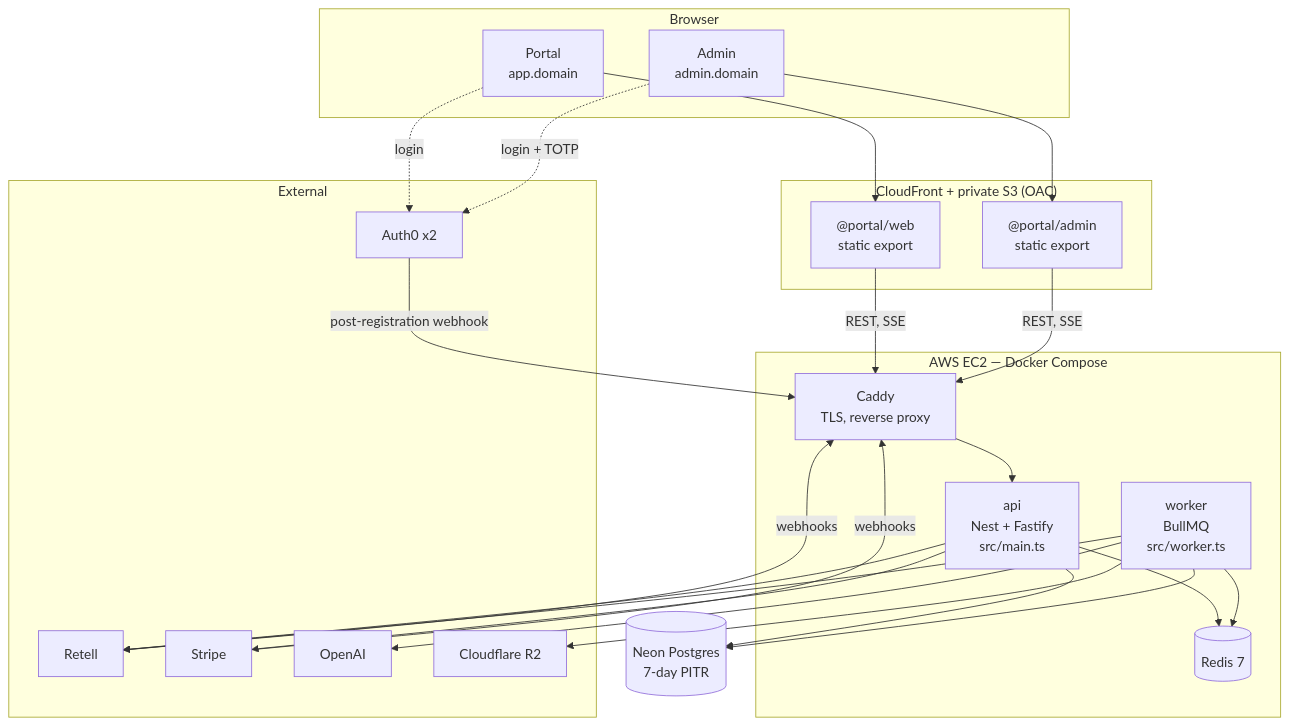
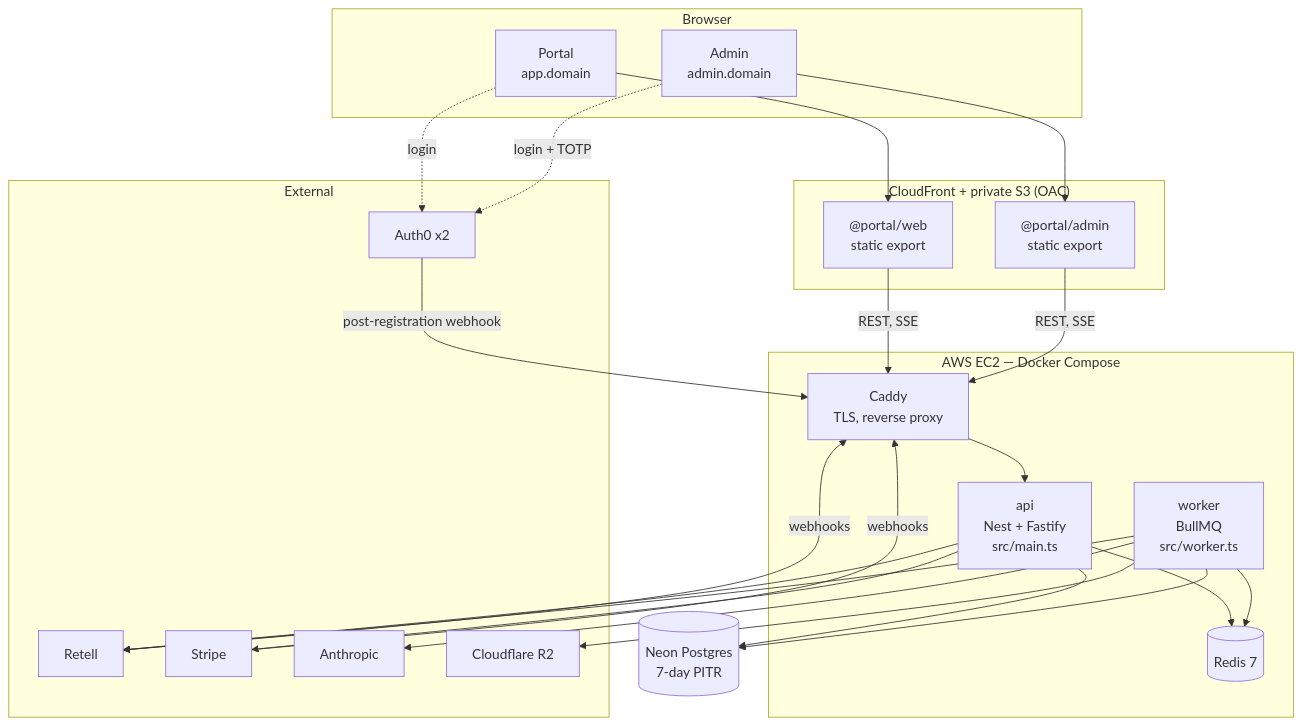
One commit to saksham-metacognixion/Voice-Agent changed the second of 22 diagrams in docs/architecture.md. Above: the diagram before and after it, drawn with Mermaid. The commit also changed other lines of this file and 106 other files, not shown here.

````diff
--- a/docs/architecture.md
+++ b/docs/architecture.md
@@ -77,49 +77,49 @@
 ```mermaid
 flowchart TB
     subgraph Browser
         P["Portal<br/>app.domain"]
         AD["Admin<br/>admin.domain"]
     end
 
     subgraph CDN["CloudFront + private S3 (OAC)"]
         PW["@portal/web<br/>static export"]
         AW["@portal/admin<br/>static export"]
     end
 
     subgraph EC2["AWS EC2 — Docker Compose"]
         CA["Caddy<br/>TLS, reverse proxy"]
         API["api<br/>Nest + Fastify<br/>src/main.ts"]
         WRK["worker<br/>BullMQ<br/>src/worker.ts"]
         RD[("Redis 7")]
     end
 
     NEON[("Neon Postgres<br/>7-day PITR")]
 
     subgraph External
         RT["Retell"]
         ST["Stripe"]
         A0["Auth0 x2"]
-        OAI["OpenAI"]
+        ANT["Anthropic"]
         R2["Cloudflare R2"]
     end
 
     P --> PW
     AD --> AW
     PW -->|"REST, SSE"| CA
     AW -->|"REST, SSE"| CA
     CA --> API
     API --> RD
     WRK --> RD
     API --> NEON
     WRK --> NEON
     API --> RT
     WRK --> RT
     API --> ST
-    WRK --> OAI
+    WRK --> ANT
     WRK --> R2
     RT -->|"webhooks"| CA
     ST -->|"webhooks"| CA
     A0 -->|"post-registration webhook"| CA
     P -.->|"login"| A0
     AD -.->|"login + TOTP"| A0
 ```
````
